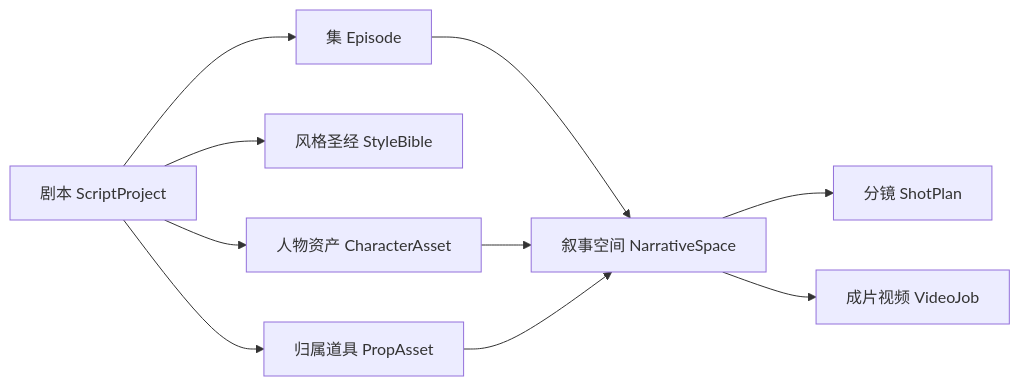
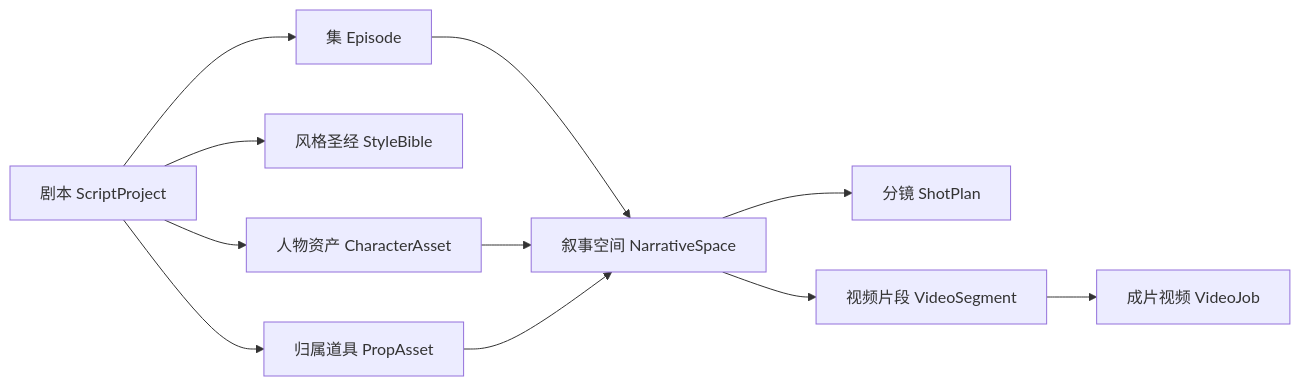
Before and after one commit to yinmen57/script-workshop: the diagram in docs/business-script-material/04-narrative-space-and-dual-mode.md, drawn with Mermaid. The commit also changed other lines of this file and 73 other files, not shown here.

````diff
--- a/docs/business-script-material/04-narrative-space-and-dual-mode.md
+++ b/docs/business-script-material/04-narrative-space-and-dual-mode.md
@@ -29,12 +29,13 @@
 ```mermaid
 flowchart LR
   Script[剧本 ScriptProject] --> Ep[集 Episode]
   Ep --> NS[叙事空间 NarrativeSpace]
   NS --> Shot[分镜 ShotPlan]
-  NS --> Video[成片视频 VideoJob]
+  NS --> Seg[视频片段 VideoSegment]
+  Seg --> Video[成片视频 VideoJob]
   Script --> Style[风格圣经 StyleBible]
   Script --> Char[人物资产 CharacterAsset]
   Script --> Prop[归属道具 PropAsset]
   Char --> NS
   Prop --> NS
 ```
````
